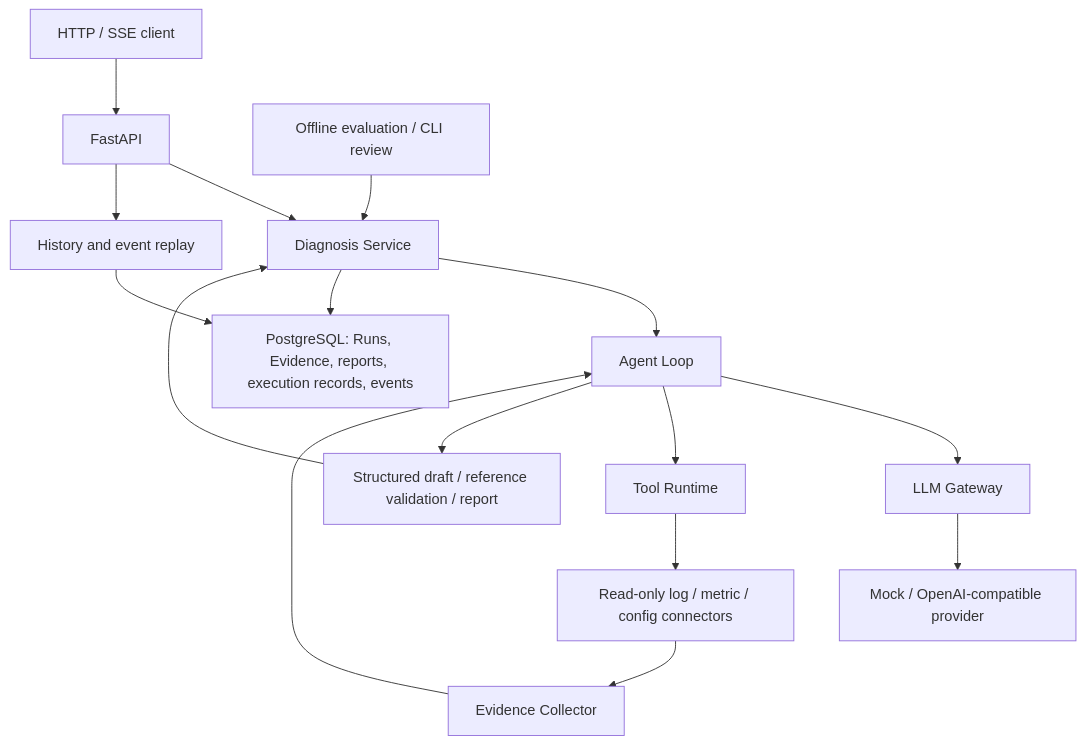
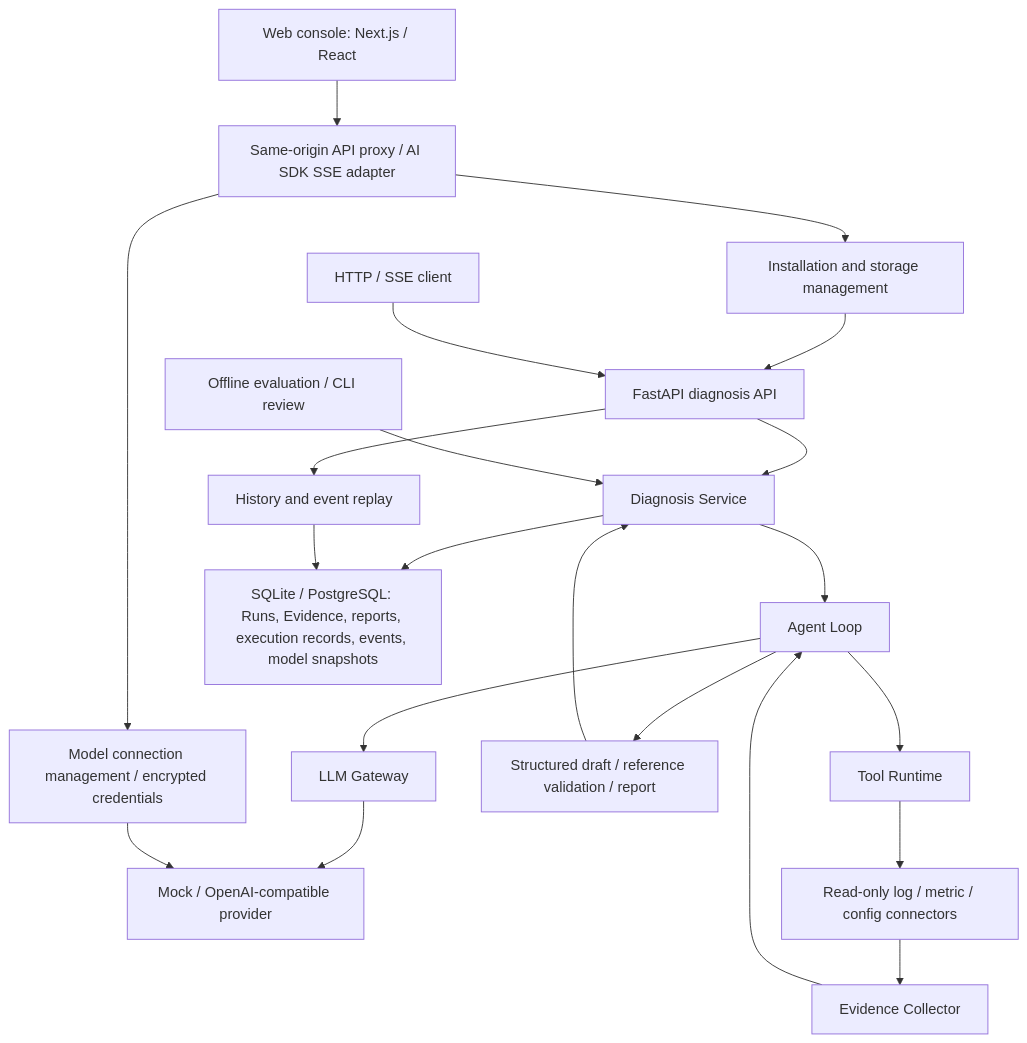
The diagram in README.md (Rrrayy/EvidenceOps), drawn with Mermaid before and after one commit. The commit also changed other lines of this file and 1 other file, not shown here.

````diff
--- a/README.md
+++ b/README.md
@@ -29,18 +32,23 @@
 ```mermaid
 flowchart TD
-    Client["HTTP / SSE client"] --> API["FastAPI"]
+    Browser["Web console: Next.js / React"] --> Proxy["Same-origin API proxy / AI SDK SSE adapter"]
+    Proxy --> Install["Installation and storage management"]
+    Install --> API["FastAPI diagnosis API"]
+    Client["HTTP / SSE client"] --> API
     API --> Service["Diagnosis Service"]
     Service --> Loop["Agent Loop"]
     Loop --> Gateway["LLM Gateway"]
     Gateway --> Provider["Mock / OpenAI-compatible provider"]
     Loop --> Runtime["Tool Runtime"]
     Runtime --> Sources["Read-only log / metric / config connectors"]
     Sources --> Evidence["Evidence Collector"]
     Evidence --> Loop
     Loop --> Report["Structured draft / reference validation / report"]
     Report --> Service
-    Service --> Store["PostgreSQL: Runs, Evidence, reports, execution records, events"]
+    Service --> Store["SQLite / PostgreSQL: Runs, Evidence, reports, execution records, events, model snapshots"]
     API --> History["History and event replay"]
     History --> Store
+    Proxy --> Connections["Model connection management / encrypted credentials"]
+    Connections --> Provider
     Eval["Offline evaluation / CLI review"] --> Service
 ```
````
